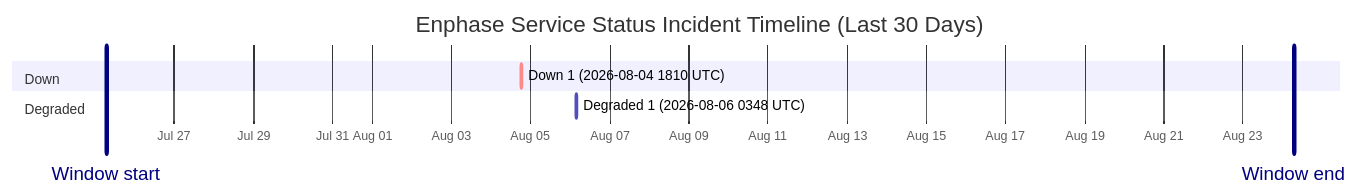
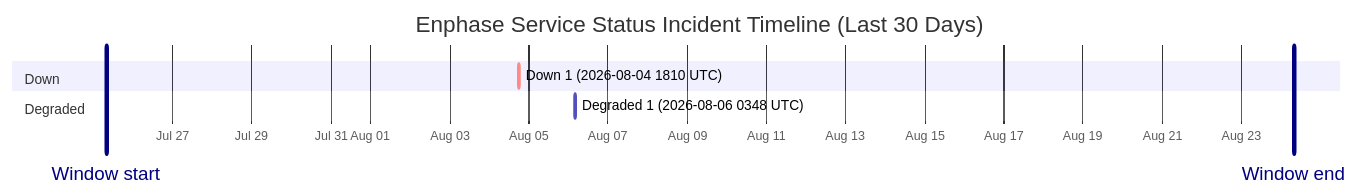
One commit to barneyonline/ha-enphase-energy changed the diagram in wiki/Service-Status-History.md. Above: the diagram before and after it, drawn with Mermaid. The commit also changed other lines of this file and 3 other files, not shown here.

````diff
--- a/wiki/Service-Status-History.md
+++ b/wiki/Service-Status-History.md
@@ -14,12 +14,12 @@
 ```mermaid
 gantt
     title Enphase Service Status Incident Timeline (Last 30 Days)
     dateFormat  YYYY-MM-DDTHH:mm:ss
     axisFormat  %b %d
-    Window start :vert, window-start, 2026-07-25T06:54:08, 0ms
-    Window end :vert, window-end, 2026-08-24T06:54:08, 0ms
+    Window start :vert, window-start, 2026-07-25T07:56:17, 0ms
+    Window end :vert, window-end, 2026-08-24T07:56:17, 0ms
     section Down
     Down 1 (2026-08-04 1810 UTC) :crit, down-1, 2026-08-04T18:10:46, 60m
     section Degraded
     Degraded 1 (2026-08-06 0348 UTC) :active, degraded-1, 2026-08-06T03:48:14, 60m
 ```
````
